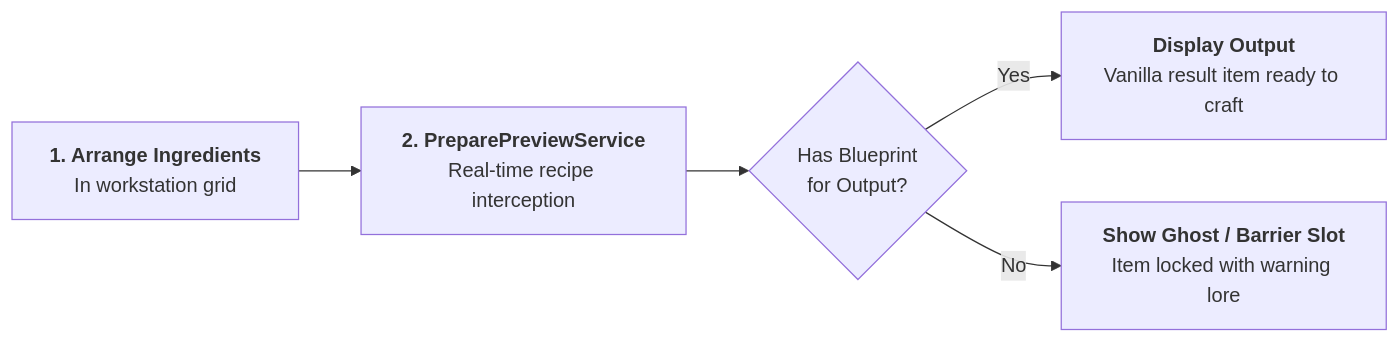
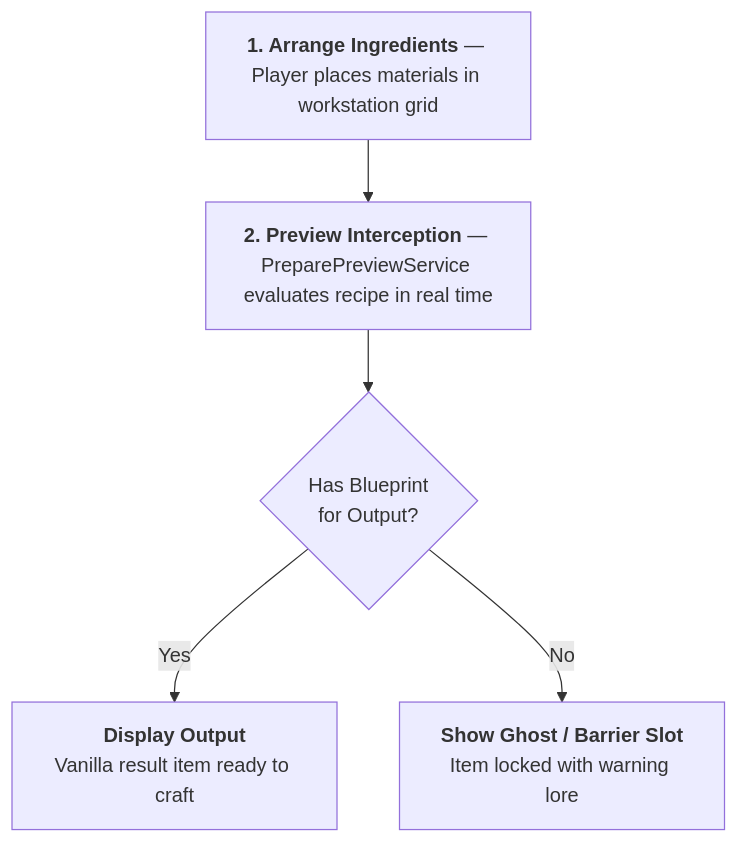
One commit to XZtotal/CraftingBlueprints-Wiki changed the first of 2 diagrams in docs/mechanics/previews-and-recipe-book.md. Above: the diagram before and after it, drawn with Mermaid. The commit also changed other lines of this file and 31 other files, not shown here.

Commit message:
style(docs): optimize diagram proportions, center all diagrams, and fix table padding

````diff
--- a/docs/mechanics/previews-and-recipe-book.md
+++ b/docs/mechanics/previews-and-recipe-book.md
@@ -15,6 +15,8 @@
 ```mermaid
-flowchart LR
-    Arr["<b>1. Arrange Ingredients</b><br/>In workstation grid"] --> Serv["<b>2. PreparePreviewService</b><br/>Real-time recipe interception"] --> Check{"Has Blueprint<br/>for Output?"}
+flowchart TD
+    Arr["<b>1. Arrange Ingredients</b> — Player places materials in workstation grid"]
+    --> Serv["<b>2. Preview Interception</b> — PreparePreviewService evaluates recipe in real time"]
+    --> Check{"Has Blueprint<br/>for Output?"}
     Check -->|Yes| Show["<b>Display Output</b><br/>Vanilla result item ready to craft"]
     Check -->|No| Ghost["<b>Show Ghost / Barrier Slot</b><br/>Item locked with warning lore"]
 ```
````
